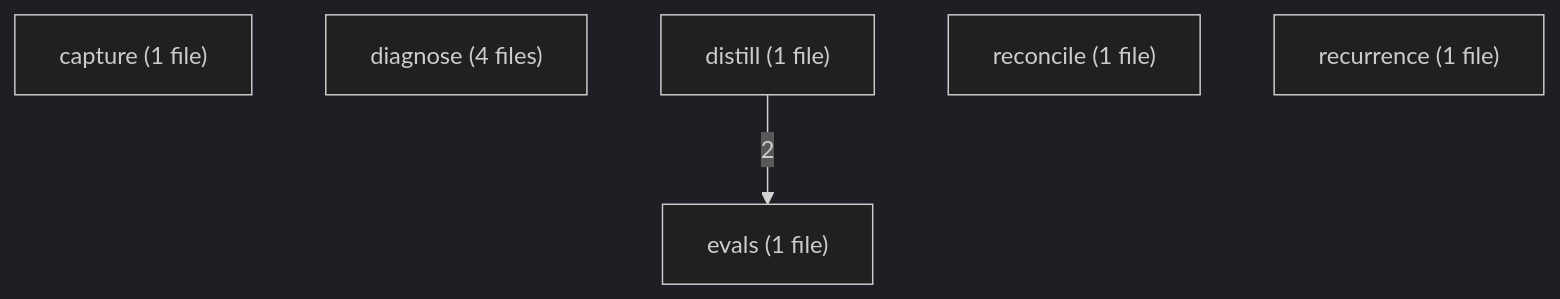
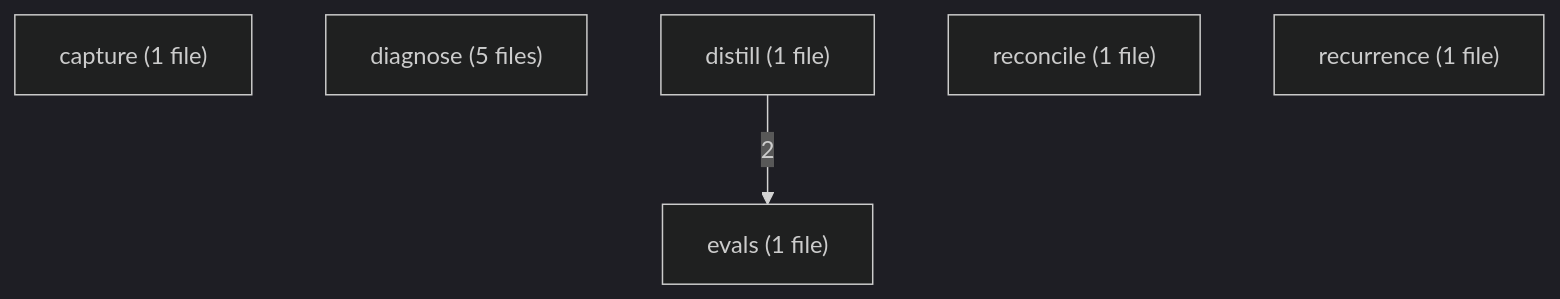
Before and after one commit to alecegg/varde: the first of 7 diagrams in skills/varde-learn/FLOW.md, drawn with Mermaid (dark theme). The commit also changed other lines of this file and 269 other files, not shown here.

````diff
--- a/skills/varde-learn/FLOW.md
+++ b/skills/varde-learn/FLOW.md
@@ -25,10 +26,10 @@
 ```mermaid
 flowchart TD
   m0["capture (1 file)"]
-  m1["diagnose (4 files)"]
+  m1["diagnose (5 files)"]
   m2["distill (1 file)"]
   m3["evals (1 file)"]
   m4["reconcile (1 file)"]
   m5["recurrence (1 file)"]
   m2 -->|"2"| m3
 ```
````
